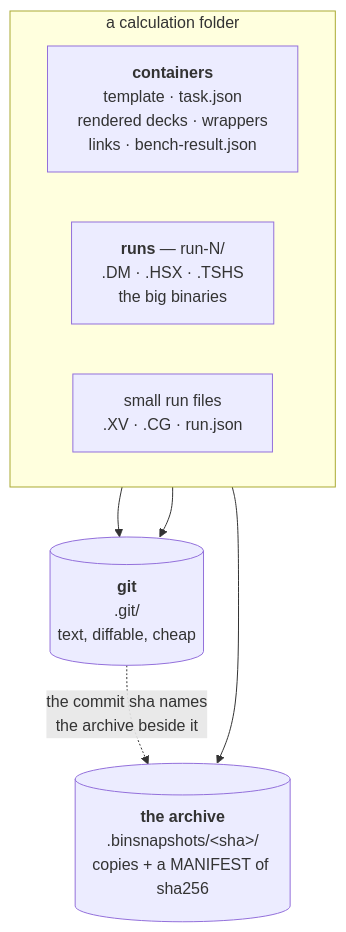
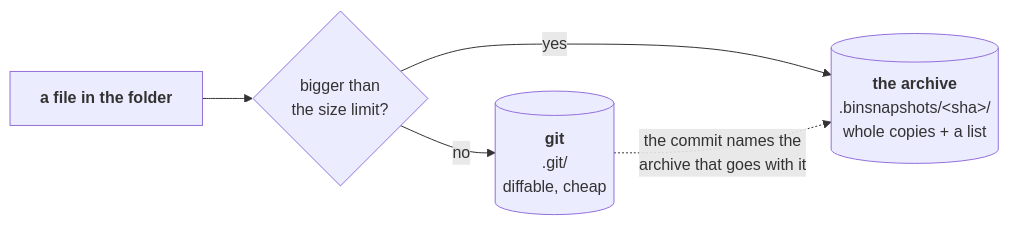
The first of 3 diagrams in docs/execution/checkpointing.md (Qing-LAB/molbuilder), drawn with Mermaid before and after one commit. The commit also changed other lines of this file and 4 other files, not shown here.

````diff
--- a/docs/execution/checkpointing.md
+++ b/docs/execution/checkpointing.md
@@ -72,15 +59,7 @@
 ```mermaid
-flowchart TB
-    subgraph TREE["a calculation folder"]
-      direction LR
-      C["<b>containers</b><br/>template · task.json<br/>rendered decks · wrappers<br/>links · bench-result.json"]
-      R["<b>runs</b> — run-N/<br/>.DM · .HSX · .TSHS<br/>the big binaries"]
-      SM["small run files<br/>.XV · .CG · run.json"]
-    end
-    G[("<b>git</b><br/>.git/<br/>text, diffable, cheap")]
-    A[("<b>the archive</b><br/>.binsnapshots/&lt;sha&gt;/<br/>copies + a MANIFEST of sha256")]
-    C --> G
-    SM --> G
-    R --> A
-    G -.->|"the commit sha names<br/>the archive beside it"| A
+flowchart LR
+    F["<b>a file in the folder</b>"] --> Q{"bigger than<br/>the size limit?"}
+    Q -->|"no"| G[("<b>git</b><br/>.git/<br/>diffable, cheap")]
+    Q -->|"yes"| A[("<b>the archive</b><br/>.binsnapshots/&lt;sha&gt;/<br/>whole copies + a list")]
+    G -.->|"the commit names the<br/>archive that goes with it"| A
 ```
````
